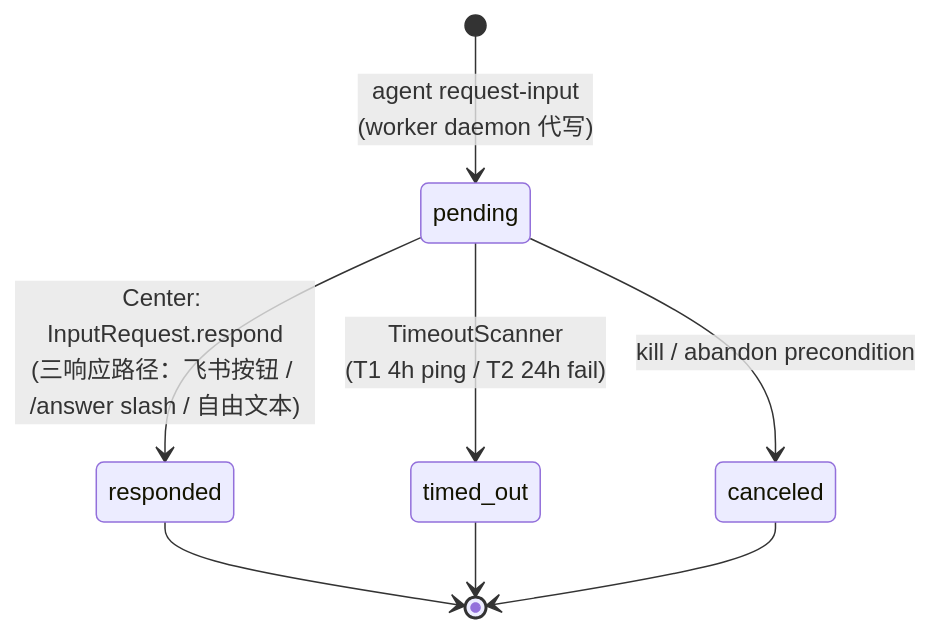
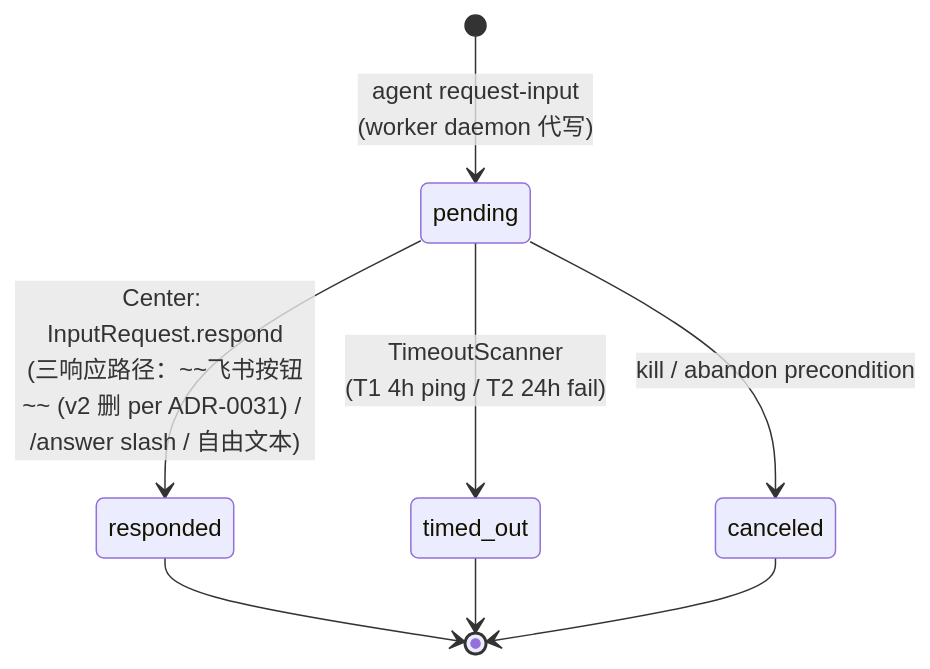
One commit to oopslink/agent-center changed the diagram in docs/design/architecture/tactical/task-runtime/03-input-request.md. Above: the diagram before and after it, drawn with Mermaid. The commit also changed other lines of this file and 21 other files, not shown here.

````diff
--- a/docs/design/architecture/tactical/task-runtime/03-input-request.md
+++ b/docs/design/architecture/tactical/task-runtime/03-input-request.md
@@ -44,10 +46,10 @@
 ```mermaid
 stateDiagram-v2
     [*] --> pending: agent request-input<br/>(worker daemon 代写)
-    pending --> responded: Center: InputRequest.respond<br/>(三响应路径：飞书按钮 / /answer slash / 自由文本)
+    pending --> responded: Center: InputRequest.respond<br/>(三响应路径：~~飞书按钮~~ (v2 删 per ADR-0031) / /answer slash / 自由文本)
     pending --> timed_out: TimeoutScanner<br/>(T1 4h ping / T2 24h fail)
     pending --> canceled: kill / abandon precondition
     responded --> [*]
     timed_out --> [*]
     canceled --> [*]
 ```
````
